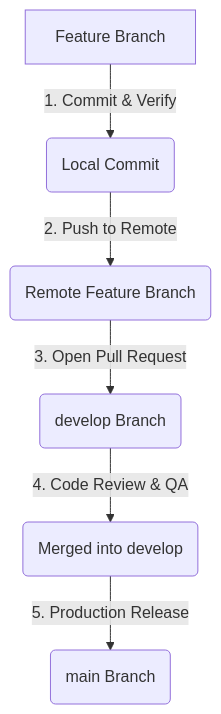
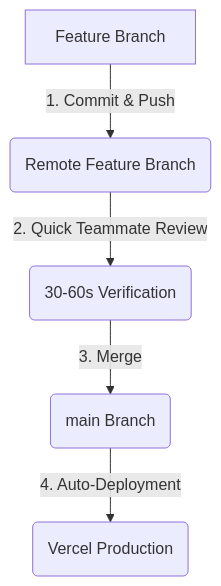
The diagram in docs/TEAM_GUIDE.md (ArjunSuthar-engr/TransitOps), drawn with Mermaid before and after one commit. The commit also changed other lines of this file and 4 other files, not shown here.

````diff
--- a/docs/TEAM_GUIDE.md
+++ b/docs/TEAM_GUIDE.md
@@ -112,8 +112,7 @@
 ```mermaid
 graph TD
-    A[Feature Branch] -->|1. Commit & Verify| B(Local Commit)
-    B -->|2. Push to Remote| C(Remote Feature Branch)
-    C -->|3. Open Pull Request| D(develop Branch)
-    D -->|4. Code Review & QA| E(Merged into develop)
-    E -->|5. Production Release| F(main Branch)
+    A[Feature Branch] -->|1. Commit & Push| B(Remote Feature Branch)
+    B -->|2. Quick Teammate Review| C(30-60s Verification)
+    C -->|3. Merge| D(main Branch)
+    D -->|4. Auto-Deployment| E(Vercel Production)
 ```
````
